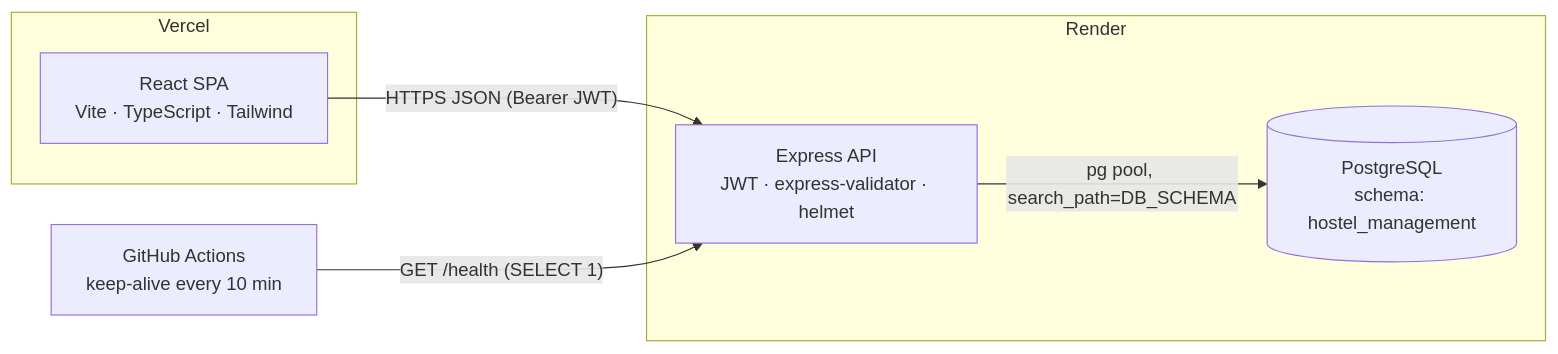
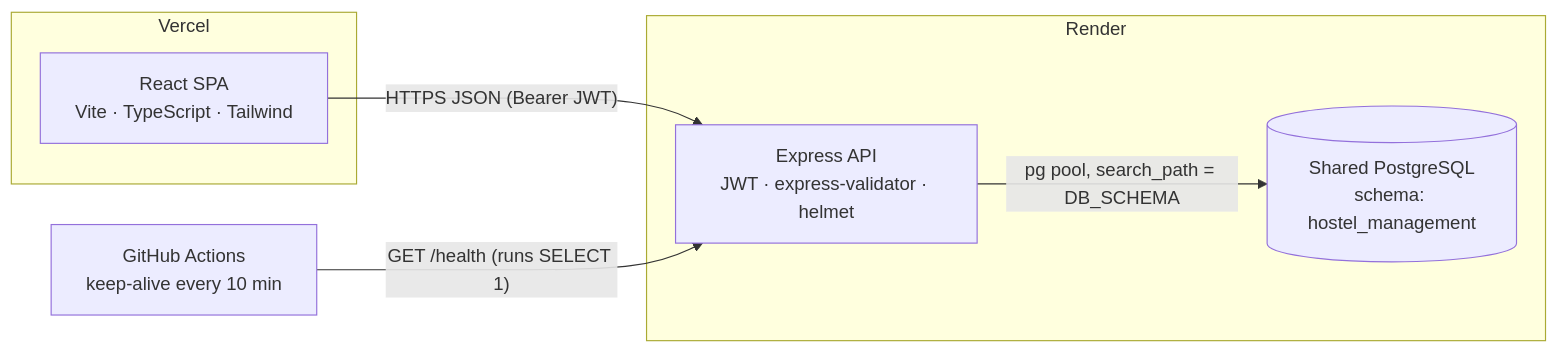
The diagram in README.md (HarshBathija-04/Hostel-management), drawn with Mermaid before and after one commit. The commit also changed other lines of this file and 1 other file, not shown here.

````diff
--- a/README.md
+++ b/README.md
@@ -50,14 +42,14 @@
 ```mermaid
 flowchart LR
     subgraph Vercel
         FE["React SPA<br/>Vite · TypeScript · Tailwind"]
     end
     subgraph Render
         API["Express API<br/>JWT · express-validator · helmet"]
-        PG[("PostgreSQL<br/>schema: hostel_management")]
+        PG[("Shared PostgreSQL<br/>schema: hostel_management")]
     end
     GH["GitHub Actions<br/>keep-alive every 10 min"]
     FE -- "HTTPS JSON (Bearer JWT)" --> API
-    API -- "pg pool, search_path=DB_SCHEMA" --> PG
-    GH -- "GET /health (SELECT 1)" --> API
+    API -- "pg pool, search_path = DB_SCHEMA" --> PG
+    GH -- "GET /health (runs SELECT 1)" --> API
 ```
````
